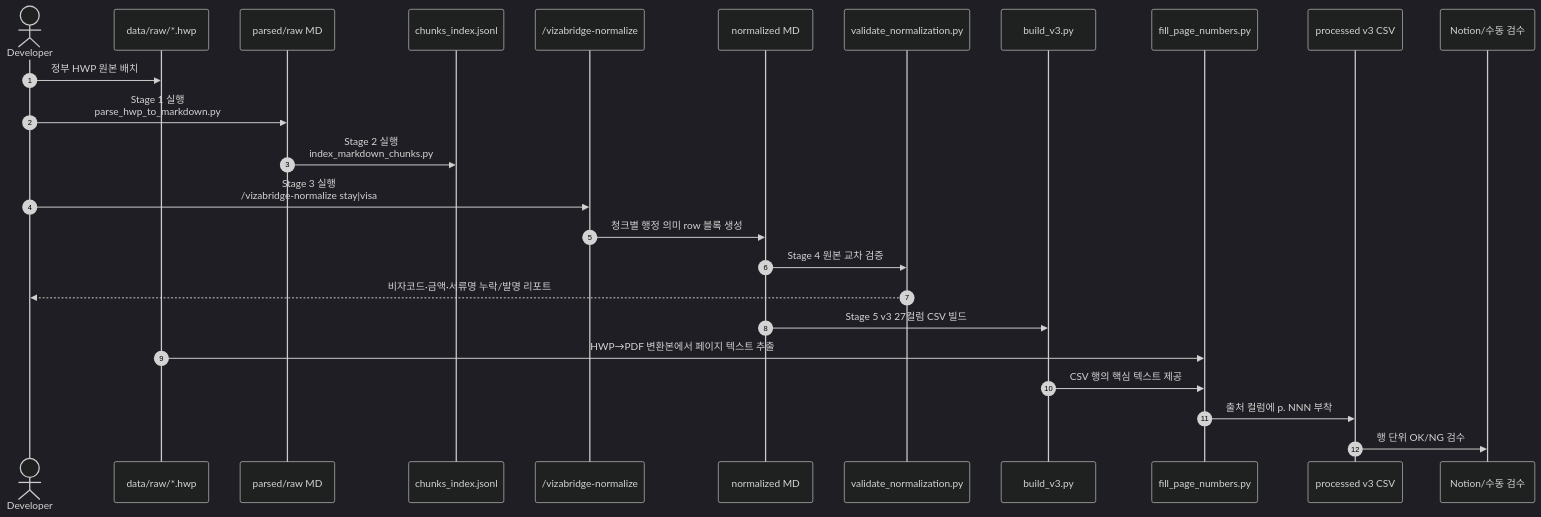
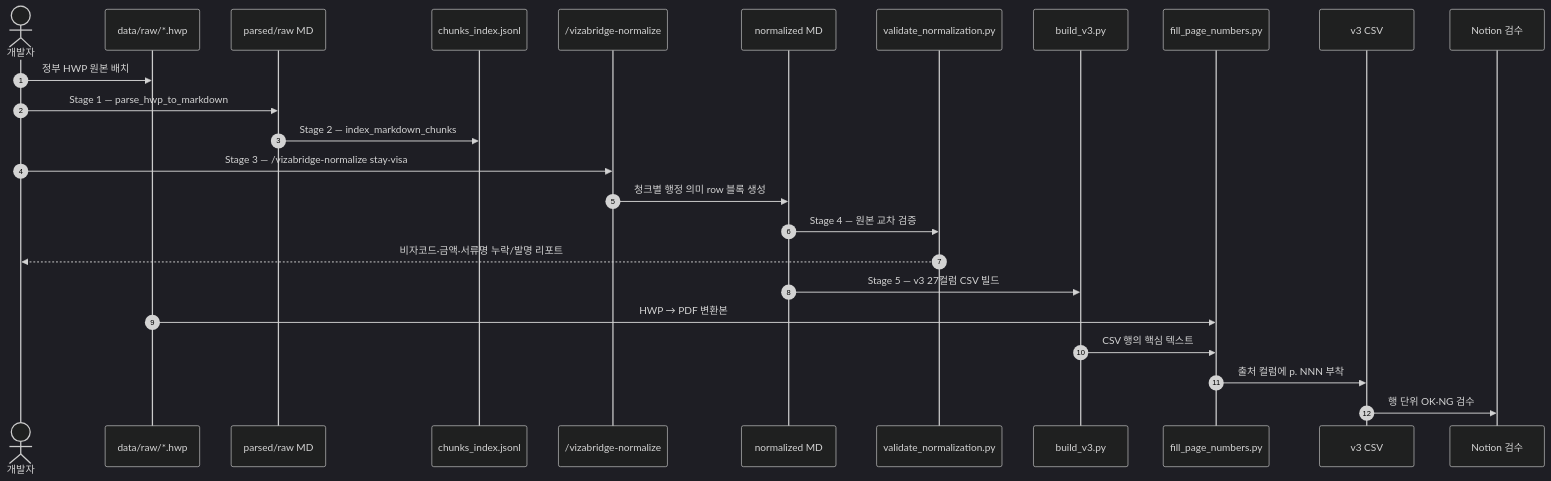
One commit to jhkim0602/-Vizabridge-IT-AI- changed the diagram in README.md. Above: the diagram before and after it, drawn with Mermaid (dark theme). The commit also changed other lines of this file and 12 other files, not shown here.

````diff
--- a/README.md
+++ b/README.md
@@ -46,28 +99,28 @@
 ```mermaid
 sequenceDiagram
     autonumber
-    actor Dev as Developer
+    actor Dev as 개발자
     participant HWP as data/raw/*.hwp
     participant RawMD as parsed/raw MD
     participant Chunks as chunks_index.jsonl
     participant LLM as /vizabridge-normalize
     participant Norm as normalized MD
     participant Validator as validate_normalization.py
     participant Builder as build_v3.py
     participant Pager as fill_page_numbers.py
-    participant CSV as processed v3 CSV
-    participant Reviewer as Notion/수동 검수
+    participant CSV as v3 CSV
+    participant Reviewer as Notion 검수
 
     Dev->>HWP: 정부 HWP 원본 배치
-    Dev->>RawMD: Stage 1 실행<br/>parse_hwp_to_markdown.py
-    RawMD->>Chunks: Stage 2 실행<br/>index_markdown_chunks.py
-    Dev->>LLM: Stage 3 실행<br/>/vizabridge-normalize stay|visa
+    Dev->>RawMD: Stage 1 — parse_hwp_to_markdown
+    RawMD->>Chunks: Stage 2 — index_markdown_chunks
+    Dev->>LLM: Stage 3 — /vizabridge-normalize stay·visa
     LLM->>Norm: 청크별 행정 의미 row 블록 생성
-    Norm->>Validator: Stage 4 원본 교차 검증
+    Norm->>Validator: Stage 4 — 원본 교차 검증
     Validator-->>Dev: 비자코드·금액·서류명 누락/발명 리포트
-    Norm->>Builder: Stage 5 v3 27컬럼 CSV 빌드
-    HWP->>Pager: HWP→PDF 변환본에서 페이지 텍스트 추출
-    Builder->>Pager: CSV 행의 핵심 텍스트 제공
+    Norm->>Builder: Stage 5 — v3 27컬럼 CSV 빌드
+    HWP->>Pager: HWP → PDF 변환본
+    Builder->>Pager: CSV 행의 핵심 텍스트
     Pager->>CSV: 출처 컬럼에 p. NNN 부착
-    CSV->>Reviewer: 행 단위 OK/NG 검수
+    CSV->>Reviewer: 행 단위 OK·NG 검수
 ```
````
